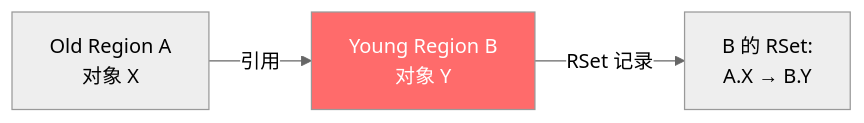
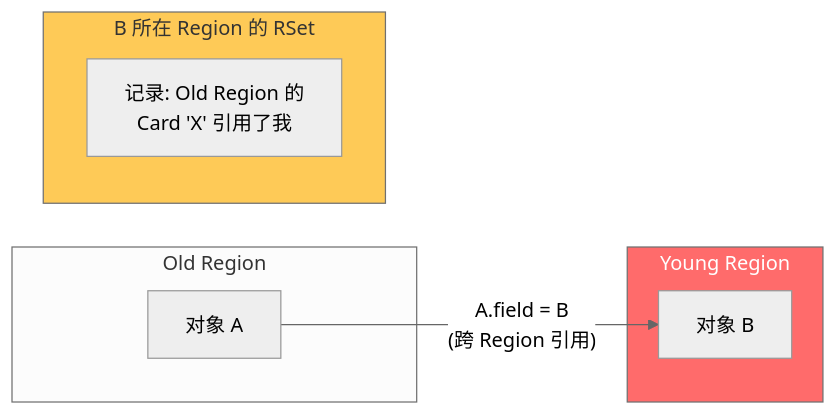
Before and after one commit to qigao0787-ops/gq-test: diagram 14 of 34 in document/strengthen/性能调优面试总结_增强版.md, drawn with Mermaid (neutral theme). The commit also changed other lines of this file, not shown here.

````diff
--- a/document/strengthen/性能调优面试总结_增强版.md
+++ b/document/strengthen/性能调优面试总结_增强版.md
@@ -359,7 +790,18 @@
 ```mermaid
 flowchart LR
-    R_Old["Old Region A<br/>对象 X"] -->|引用| R_Young["Young Region B<br/>对象 Y"]
-    R_Young -->|RSet 记录| NOTE["B 的 RSet:<br/>A.X → B.Y"]
+    subgraph Old["Old Region"]
+        OBJ_A["对象 A"]
+    end
+    subgraph Young["Young Region"]
+        OBJ_B["对象 B"]
+    end
 
-    style R_Young fill:#ff6b6b,color:#fff
+    OBJ_A -->|"A.field = B<br/>(跨 Region 引用)"| OBJ_B
+
+    subgraph RSet["B 所在 Region 的 RSet"]
+        RS["记录: Old Region 的<br/>Card 'X' 引用了我"]
+    end
+
+    style Young fill:#ff6b6b,color:#fff
+    style RSet fill:#feca57
 ```
````
